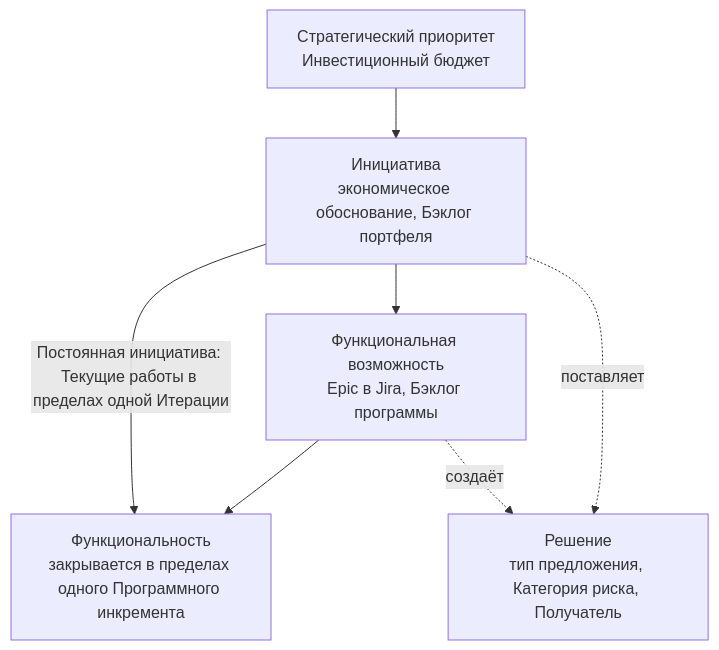
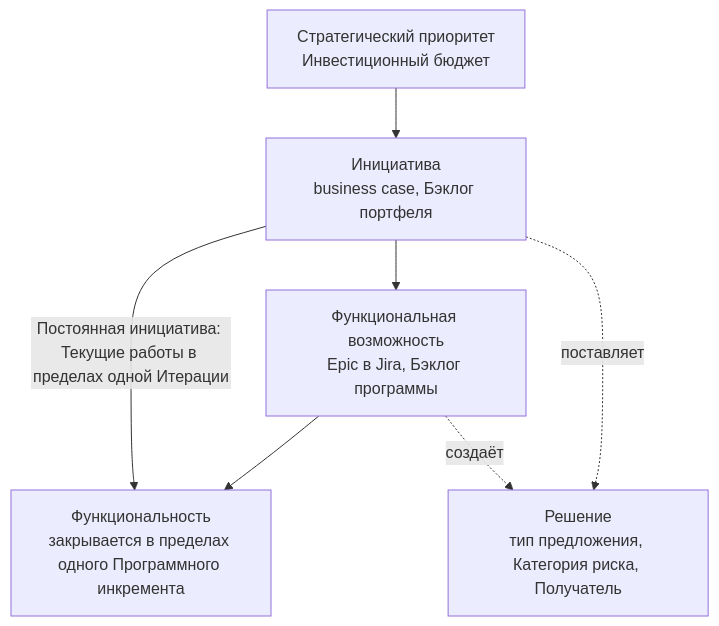
One commit to devhogu/ob-aicc changed the eighth of 8 diagrams in charter/ru/documents/portfolio-management-model.md. Above: the diagram before and after it, drawn with Mermaid. The commit also changed other lines of this file and 768 other files, not shown here.

````diff
--- a/charter/ru/documents/portfolio-management-model.md
+++ b/charter/ru/documents/portfolio-management-model.md
@@ -301,9 +301,9 @@
 ```mermaid
 flowchart TB
-  SP["Стратегический приоритет<br/>Инвестиционный бюджет"] --> INI["Инициатива<br/>экономическое обоснование, Бэклог портфеля"]
+  SP["Стратегический приоритет<br/>Инвестиционный бюджет"] --> INI["Инициатива<br/>business case, Бэклог портфеля"]
   INI --> CAP["Функциональная возможность<br/>Epic в Jira, Бэклог программы"]
   CAP --> FT["Функциональность<br/>закрывается в пределах одного Программного инкремента"]
   INI -->|Постоянная инициатива: Текущие работы в пределах одной Итерации| FT
   INI -.поставляет.-> SOL["Решение<br/>тип предложения, Категория риска, Получатель"]
   CAP -.создаёт.-> SOL
 ```
````
